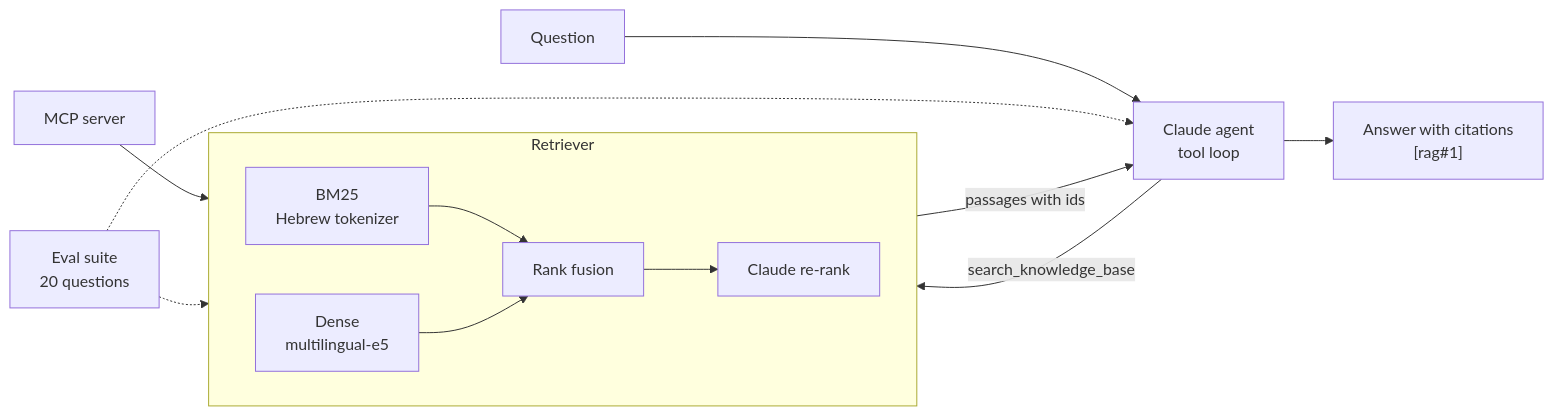
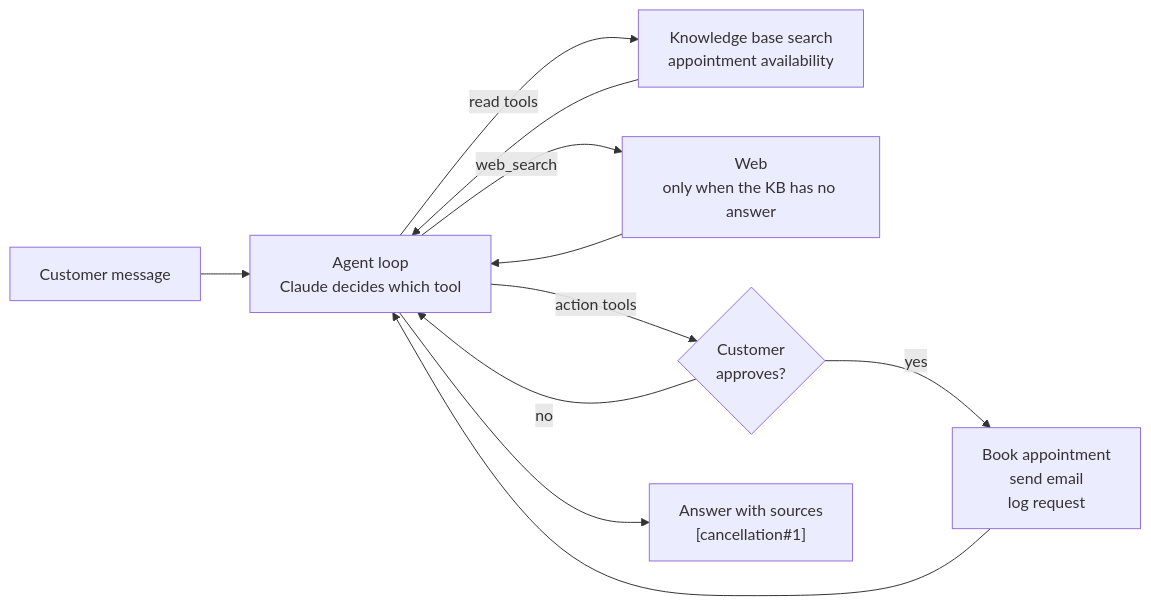
One commit to lizamir/moked changed the diagram in README.md. Above: the diagram before and after it, drawn with Mermaid. The commit also changed other lines of this file and 64 other files, not shown here.

First line of the commit message:
Turn the project into a business agent with web search and approval-gated actions

````diff
--- a/README.md
+++ b/README.md
@@ -11,16 +9,13 @@
 ```mermaid
 flowchart LR
-    Q[Question] --> A[Claude agent<br/>tool loop]
-    A -- search_knowledge_base --> R
-    subgraph R[Retriever]
-        direction LR
-        B[BM25<br/>Hebrew tokenizer] --> F[Rank fusion]
-        D[Dense<br/>multilingual-e5] --> F
-        F --> X[Claude re-rank]
-    end
-    R -- passages with ids --> A
-    A --> O["Answer with citations<br/>[rag#1]"]
-    M[MCP server] --> R
-    E[Eval suite<br/>20 questions] -.-> R
-    E -.-> A
+    C[Customer message] --> A[Agent loop<br/>Claude decides which tool]
+    A -- read tools --> R[Knowledge base search<br/>appointment availability]
+    A -- web_search --> W[Web<br/>only when the KB has no answer]
+    A -- action tools --> G{Customer<br/>approves?}
+    G -- yes --> S[Book appointment<br/>send email<br/>log request]
+    G -- no --> A
+    R --> A
+    W --> A
+    S --> A
+    A --> O["Answer with sources<br/>[cancellation#1]"]
 ```
````
